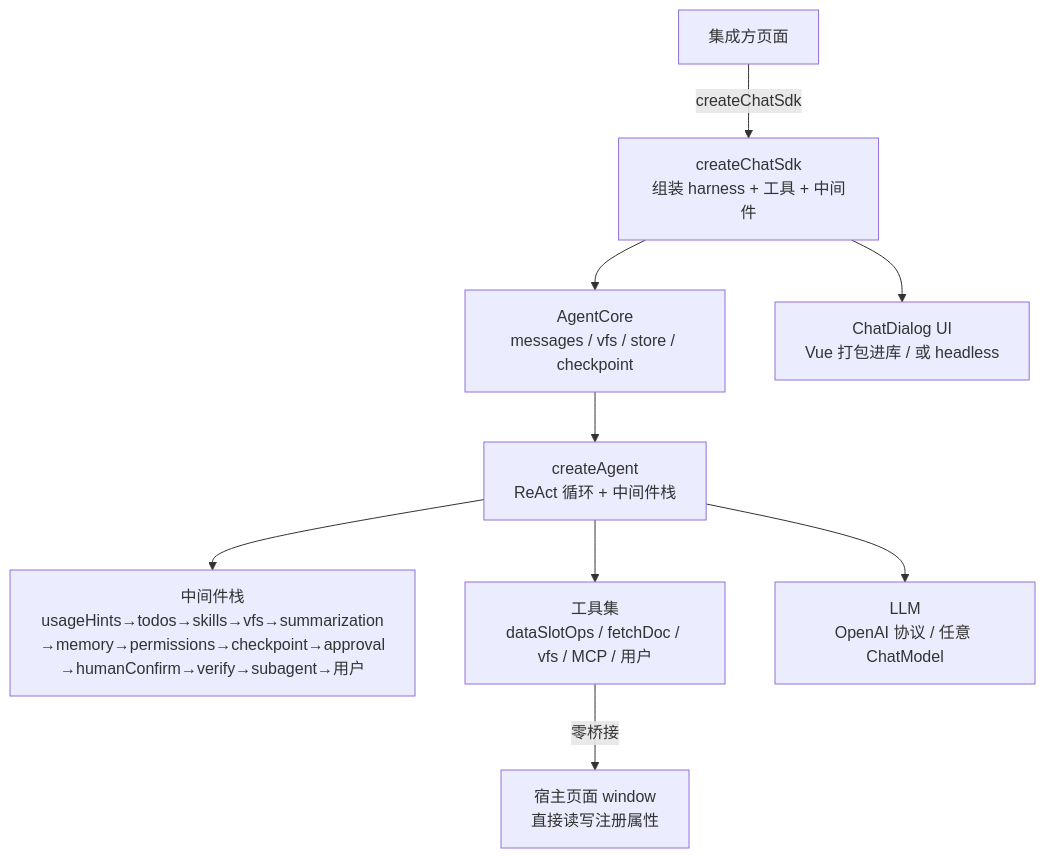
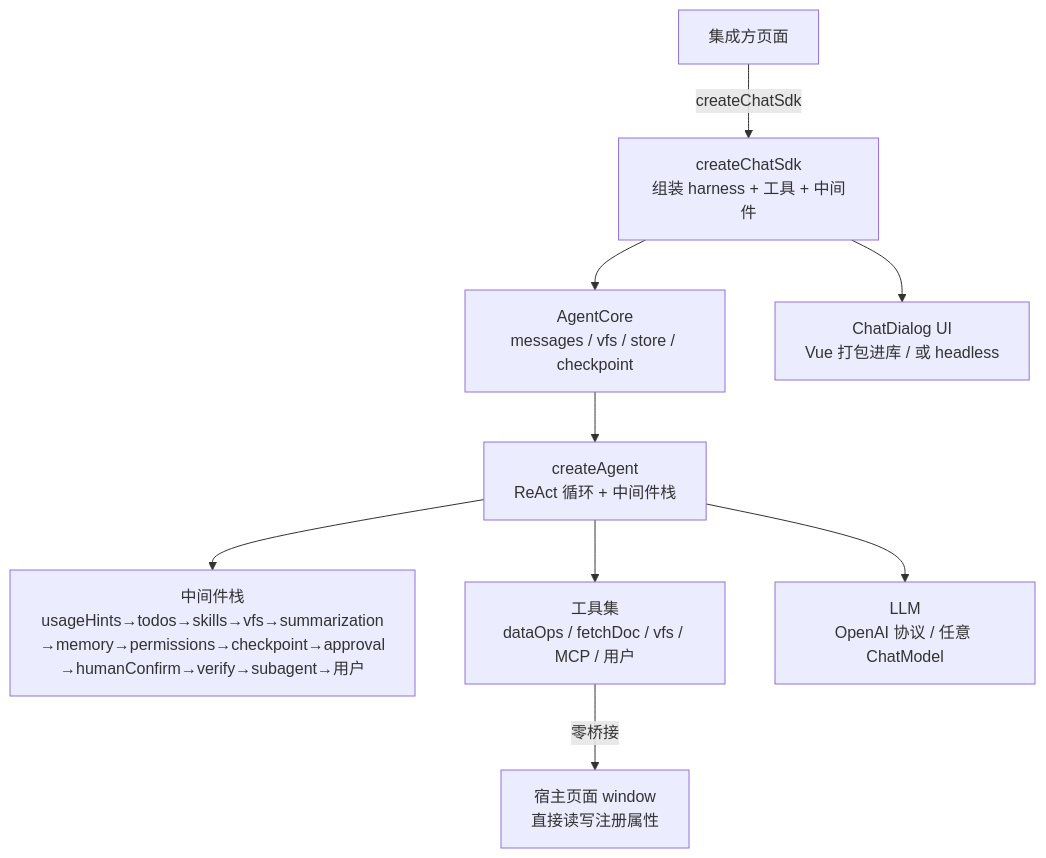
The diagram in README.zh-CN.md (whyymj/chat-sdk), drawn with Mermaid before and after one commit. The commit also changed other lines of this file and 99 other files, not shown here.

````diff
--- a/README.zh-CN.md
+++ b/README.zh-CN.md
@@ -235,11 +240,11 @@
 ```mermaid
 flowchart TD
     APP[集成方页面] -->|createChatSdk| SDK[createChatSdk<br/>组装 harness + 工具 + 中间件]
     SDK --> CORE[AgentCore<br/>messages / vfs / store / checkpoint]
     CORE --> AGENT[createAgent<br/>ReAct 循环 + 中间件栈]
     AGENT --> MW[中间件栈<br/>usageHints→todos→skills→vfs→summarization<br/>→memory→permissions→checkpoint→approval<br/>→humanConfirm→verify→subagent→用户]
-    AGENT --> TOOLS[工具集<br/>dataSlotOps / fetchDoc / vfs / MCP / 用户]
+    AGENT --> TOOLS[工具集<br/>dataOps / fetchDoc / vfs / MCP / 用户]
     TOOLS -->|零桥接| WIN[宿主页面 window<br/>直接读写注册属性]
     AGENT --> LLM[LLM<br/>OpenAI 协议 / 任意 ChatModel]
     SDK --> UI[ChatDialog UI<br/>Vue 打包进库 / 或 headless]
 ```
````
